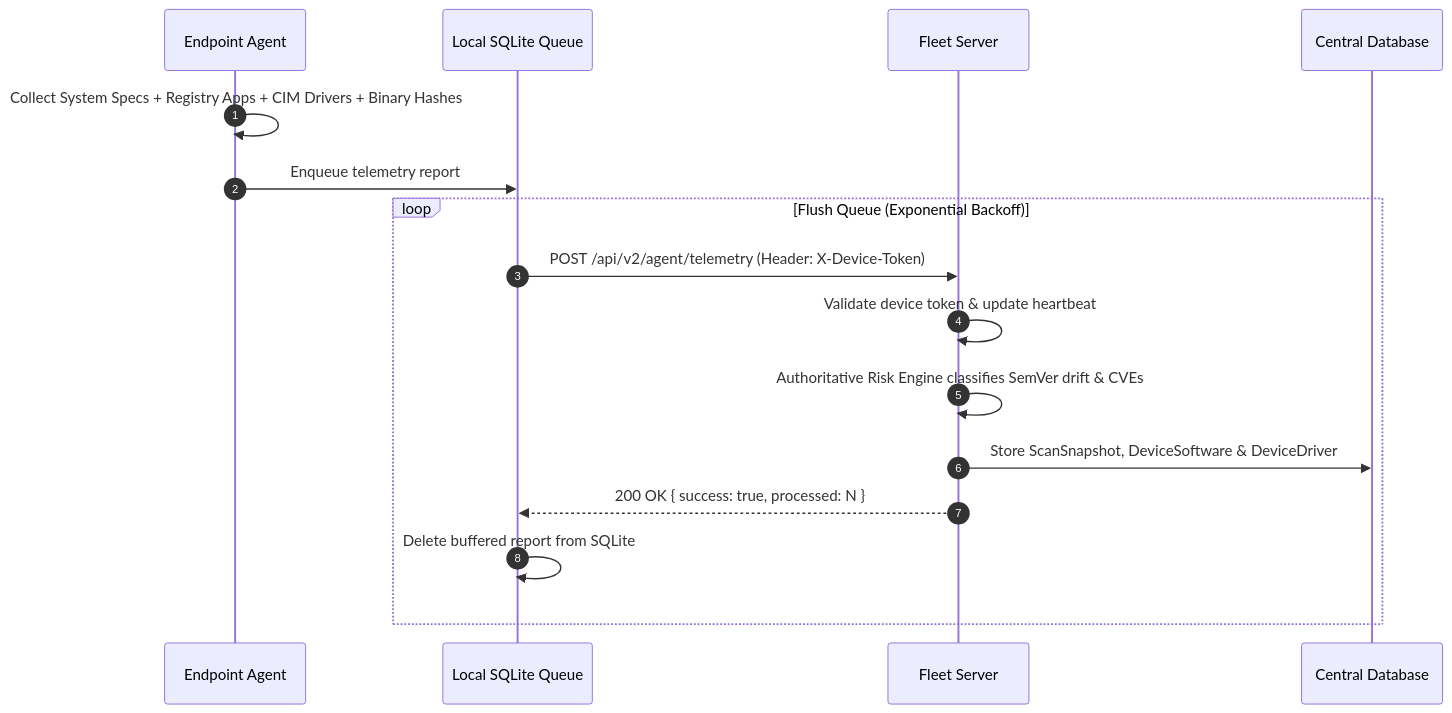
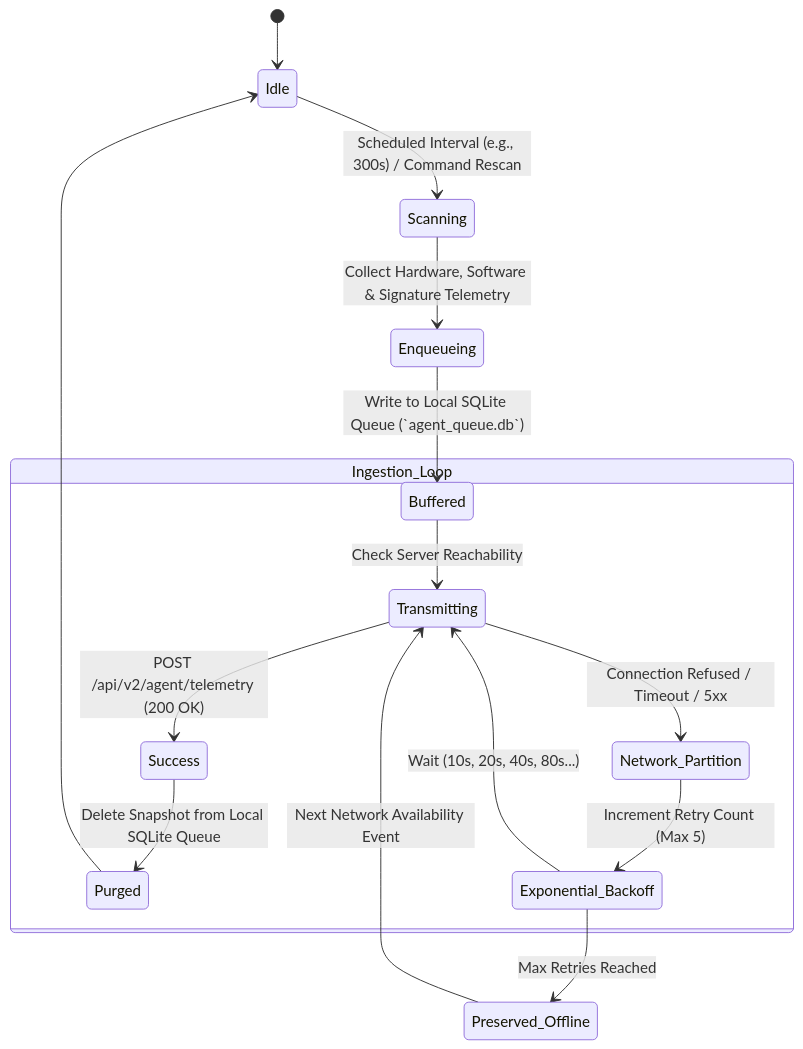
One commit to Darksider70-yep/System_Revamp changed the third of 5 diagrams in docs/architecture.md. Above: the diagram before and after it, drawn with Mermaid. The commit also changed other lines of this file and 11 other files, not shown here.

Commit message:
docs: add comprehensive documentation, setup guides, and architecture references

````diff
--- a/docs/architecture.md
+++ b/docs/architecture.md
@@ -78,20 +94,21 @@
 ```mermaid
-sequenceDiagram
-    autonumber
-    participant Agent as Endpoint Agent
-    participant Queue as Local SQLite Queue
-    participant Server as Fleet Server
-    participant DB as Central Database
-
-    Agent->>Agent: Collect System Specs + Registry Apps + CIM Drivers + Binary Hashes
-    Agent->>Queue: Enqueue telemetry report
+stateDiagram-v2
+    [*] --> Idle
+    Idle --> Scanning : Scheduled Interval (e.g., 300s) / Command Rescan
+    Scanning --> Enqueueing : Collect Hardware, Software & Signature Telemetry
+    Enqueueing --> Buffered : Write to Local SQLite Queue (`agent_queue.db`)
     
-    loop Flush Queue (Exponential Backoff)
-        Queue->>Server: POST /api/v2/agent/telemetry (Header: X-Device-Token)
-        Server->>Server: Validate device token & update heartbeat
-        Server->>Server: Authoritative Risk Engine classifies SemVer drift & CVEs
-        Server->>DB: Store ScanSnapshot, DeviceSoftware & DeviceDriver
-        Server-->>Queue: 200 OK { success: true, processed: N }
-        Queue->>Queue: Delete buffered report from SQLite
-    end
+    state Ingestion_Loop {
+        Buffered --> Transmitting : Check Server Reachability
+        Transmitting --> Success : POST /api/v2/agent/telemetry (200 OK)
+        Success --> Purged : Delete Snapshot from Local SQLite Queue
+        
+        Transmitting --> Network_Partition : Connection Refused / Timeout / 5xx
+        Network_Partition --> Exponential_Backoff : Increment Retry Count (Max 5)
+        Exponential_Backoff --> Transmitting : Wait (10s, 20s, 40s, 80s...)
+    }
+    
+    Purged --> Idle
+    Exponential_Backoff --> Preserved_Offline : Max Retries Reached
+    Preserved_Offline --> Transmitting : Next Network Availability Event
 ```
````
